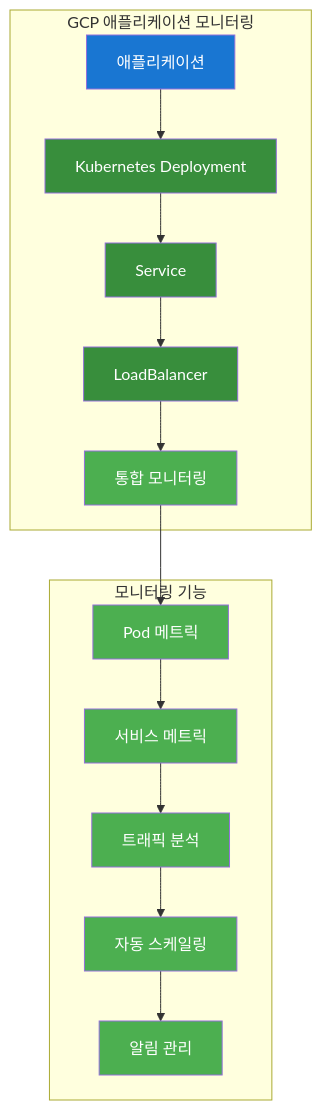
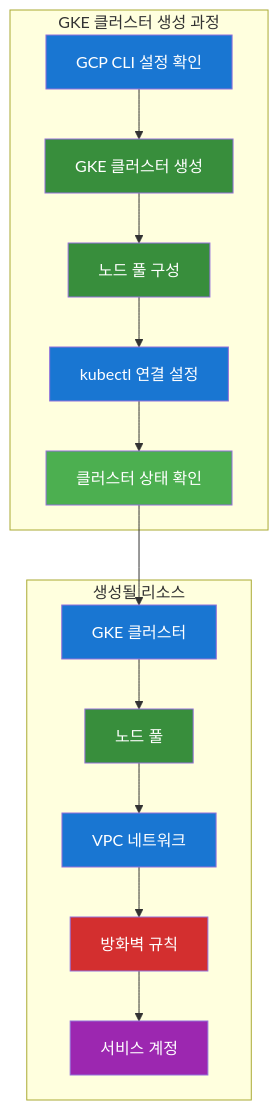
Before and after one commit to jungfrau70/mcp_cloud: the seventh of 9 diagrams in mcp_knowledge_base/cloud_intermediate/lectures/day2/Day2_통합강의안_오후.md, drawn with Mermaid. The commit also changed other lines of this file, not shown here.

````diff
--- a/mcp_knowledge_base/cloud_intermediate/lectures/day2/Day2_통합강의안_오후.md
+++ b/mcp_knowledge_base/cloud_intermediate/lectures/day2/Day2_통합강의안_오후.md
@@ -564,29 +532,29 @@
 ```mermaid
 flowchart TD
-    subgraph "GCP 애플리케이션 모니터링"
-        A["애플리케이션"] --> B["Kubernetes Deployment"]
-        B --> C["Service"]
-        C --> D["LoadBalancer"]
-        D --> E["통합 모니터링"]
+    subgraph "GKE 클러스터 생성 과정"
+        A["GCP CLI 설정 확인"] --> B["GKE 클러스터 생성"]
+        B --> C["노드 풀 구성"]
+        C --> D["kubectl 연결 설정"]
+        D --> E["클러스터 상태 확인"]
     end
     
-    subgraph "모니터링 기능"
-        F["Pod 메트릭"] --> G["서비스 메트릭"]
-        G --> H["트래픽 분석"]
-        H --> I["자동 스케일링"]
-        I --> J["알림 관리"]
+    subgraph "생성될 리소스"
+        F["GKE 클러스터"] --> G["노드 풀"]
+        G --> H["VPC 네트워크"]
+        H --> I["방화벽 규칙"]
+        I --> J["서비스 계정"]
     end
     
     E --> F
     
     style A fill:#1976d2,color:#ffffff
     style B fill:#388e3c,color:#ffffff
     style C fill:#388e3c,color:#ffffff
-    style D fill:#388e3c,color:#ffffff
+    style D fill:#1976d2,color:#ffffff
     style E fill:#4caf50,color:#ffffff
-    style F fill:#4caf50,color:#ffffff
-    style G fill:#4caf50,color:#ffffff
-    style H fill:#4caf50,color:#ffffff
-    style I fill:#4caf50,color:#ffffff
-    style J fill:#4caf50,color:#ffffff
+    style F fill:#1976d2,color:#ffffff
+    style G fill:#388e3c,color:#ffffff
+    style H fill:#1976d2,color:#ffffff
+    style I fill:#d32f2f,color:#ffffff
+    style J fill:#9c27b0,color:#ffffff
 ```
````
